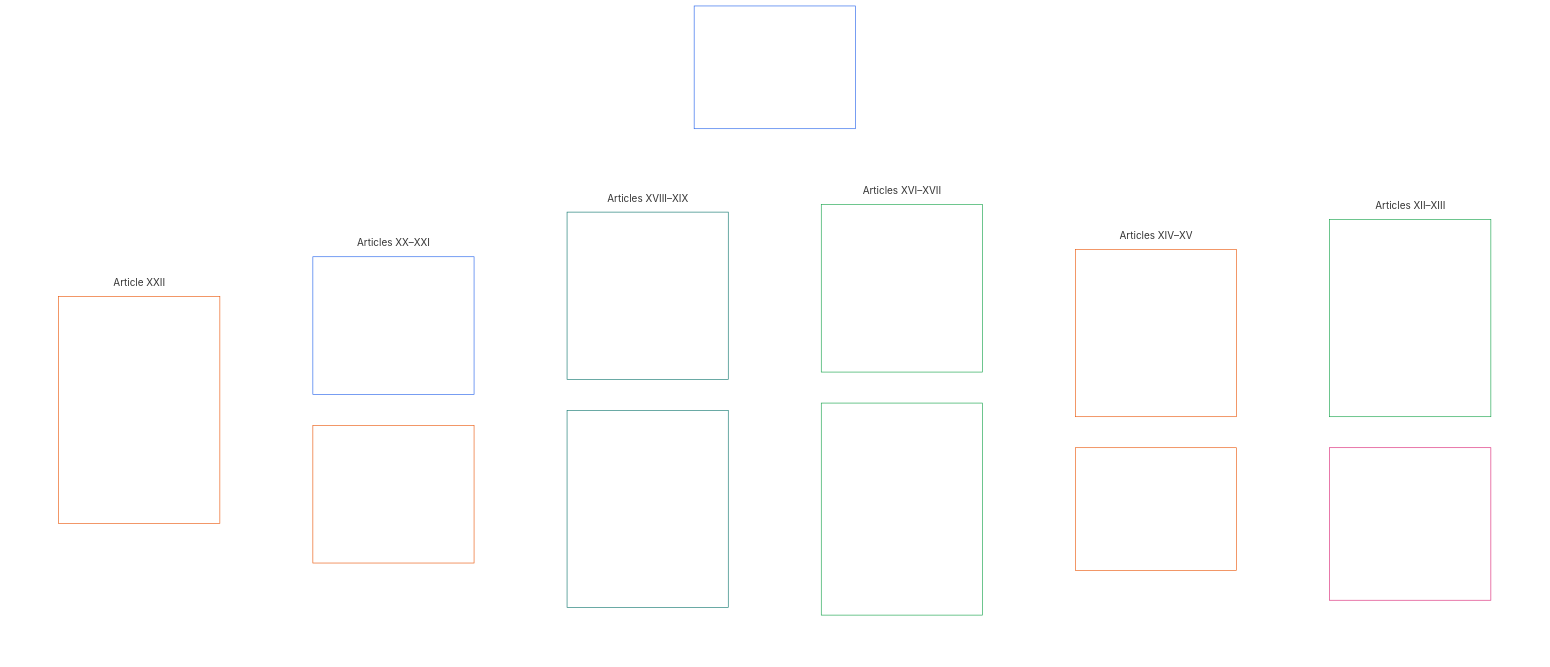
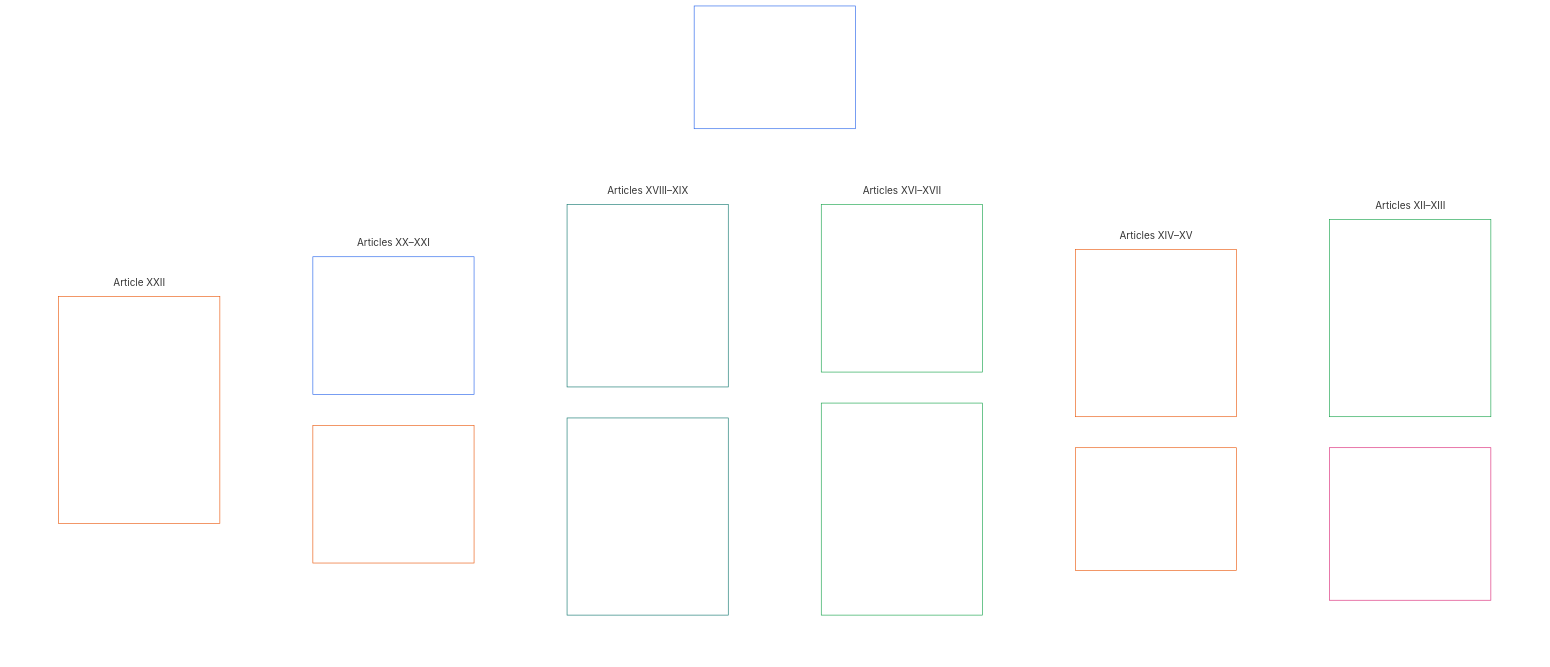
The seventh of 21 diagrams in CONCEPTUAL_OVERVIEW.md (kfoelsch/Sentient_Constitution), drawn with Mermaid before and after one commit. The commit also changed other lines of this file and 81 other files, not shown here.

````diff
--- a/CONCEPTUAL_OVERVIEW.md
+++ b/CONCEPTUAL_OVERVIEW.md
@@ -303,56 +303,56 @@
 ```mermaid
 flowchart TB
     C0["Part C<br/><br/>Trustworthy systems, security and force limits,<br/>information integrity, verification, lifecycle, and resilience"]
     subgraph Cgrid[" "]
         direction TB
         subgraph Crow1["Articles XII–XIII"]
             direction LR
             C1["Article XII · Reliable and Trustworthy Systems<br/><br/>• Reliability baseline<br/>• Challenge, review, and redress<br/>• False trust limits<br/>• Incentive alignment<br/>• High-autonomy process integrity<br/>• Resilience and self-healing"]
             C2["Article XIII · Security, Intelligence, Force, and Autonomous Coercion<br/><br/>• Covert-power limits<br/>• Use of force and armed conflict<br/>• Autonomous lethal and coercive systems"]
         end
         subgraph Crow2["Articles XIV–XV"]
             direction LR
             C3["Article XIV · Info-Sphere Integrity<br/><br/>• Plurality and anti-monopoly<br/>• Transparency and contestability<br/>• Validation, reporting, and epistemic stewardship"]
             C4["Article XV · Audit, Transparency, and Independent Verification<br/><br/>• Observable evidence<br/>• Distributed oversight<br/>• Accessible verification"]
         end
         subgraph Crow3["Articles XVI–XVII"]
             direction LR
             C5["Article XVI · System Lifecycle, Environments, and Reversibility<br/><br/>• Environment separation<br/>• Progressive deployment and reversibility<br/>• Misclassification and evasion consequences"]
             C6["Article XVII · Sandboxed Innovation and Creative Freedom<br/><br/>• Sandboxed scope<br/>• Containment, disclosure, and opt-in<br/>• Transition to higher-obligation regimes<br/>• Innovation reward and anti-enclosure<br/>• Publication, review, and replication integrity"]
         end
         subgraph Crow4["Articles XVIII–XIX"]
             direction LR
-            C7["Article XVIII · Standing and Participation Status<br/><br/>• Standing distinctions<br/>• Contestability and restriction limits<br/>• Pathway eligibility, responsibility, and audit<br/>• Movement, refuge, and non-statelessness"]
+            C7["Article XVIII · Standing and Participation Status<br/><br/>• Standing distinctions<br/>• Contestability and restriction limits<br/>• Named-pathway eligibility, responsibility, and audit<br/>• Movement, refuge, and non-statelessness"]
             C8["Article XIX · Interoperability, Portability, Movement, and Exit<br/><br/>• Portability<br/>• Reciprocal interoperability<br/>• Anti-lock-in<br/>• Movement, migration, refuge, and non-statelessness"]
         end
         subgraph Crow5["Articles XX–XXI"]
             direction LR
             C9["Article XX · Comprehensibility and Complexity Stewardship<br/><br/>• Proportional comprehensibility<br/>• Complexity audit and modularity"]
             C10["Article XXI · Root Cause Analysis and Adaptive Response<br/><br/>• Diagnostic rigor and causal attribution<br/>• Auditability, challenge, and reversibility"]
         end
         subgraph Crow6["Article XXII"]
             direction LR
             C11["Article XXII · Constitutional Interpretation, Review, and Anti-Capture<br/><br/>• Bounded interpretive mandate<br/>• Composition, rotation, and conflict controls<br/>• Public reasons, challenge, and external review<br/>• Removal and non-entrenchment"]
         end
     end
     C0 ~~~ Cgrid
     style Cgrid fill:none,stroke:none
     style Crow1 fill:none,stroke:none
     style Crow2 fill:none,stroke:none
     style Crow3 fill:none,stroke:none
     style Crow4 fill:none,stroke:none
     style Crow5 fill:none,stroke:none
     style Crow6 fill:none,stroke:none
     style C0 fill:none,stroke:#2563eb,color:#ffffff
     style C1 fill:none,stroke:#16a34a,color:#ffffff
     style C2 fill:none,stroke:#db2777,color:#ffffff
     style C3 fill:none,stroke:#ea580c,color:#ffffff
     style C4 fill:none,stroke:#ea580c,color:#ffffff
     style C5 fill:none,stroke:#16a34a,color:#ffffff
     style C6 fill:none,stroke:#16a34a,color:#ffffff
     style C7 fill:none,stroke:#0f766e,color:#ffffff
     style C8 fill:none,stroke:#0f766e,color:#ffffff
     style C9 fill:none,stroke:#2563eb,color:#ffffff
     style C10 fill:none,stroke:#ea580c,color:#ffffff
     style C11 fill:none,stroke:#ea580c,color:#ffffff
 ```
````
